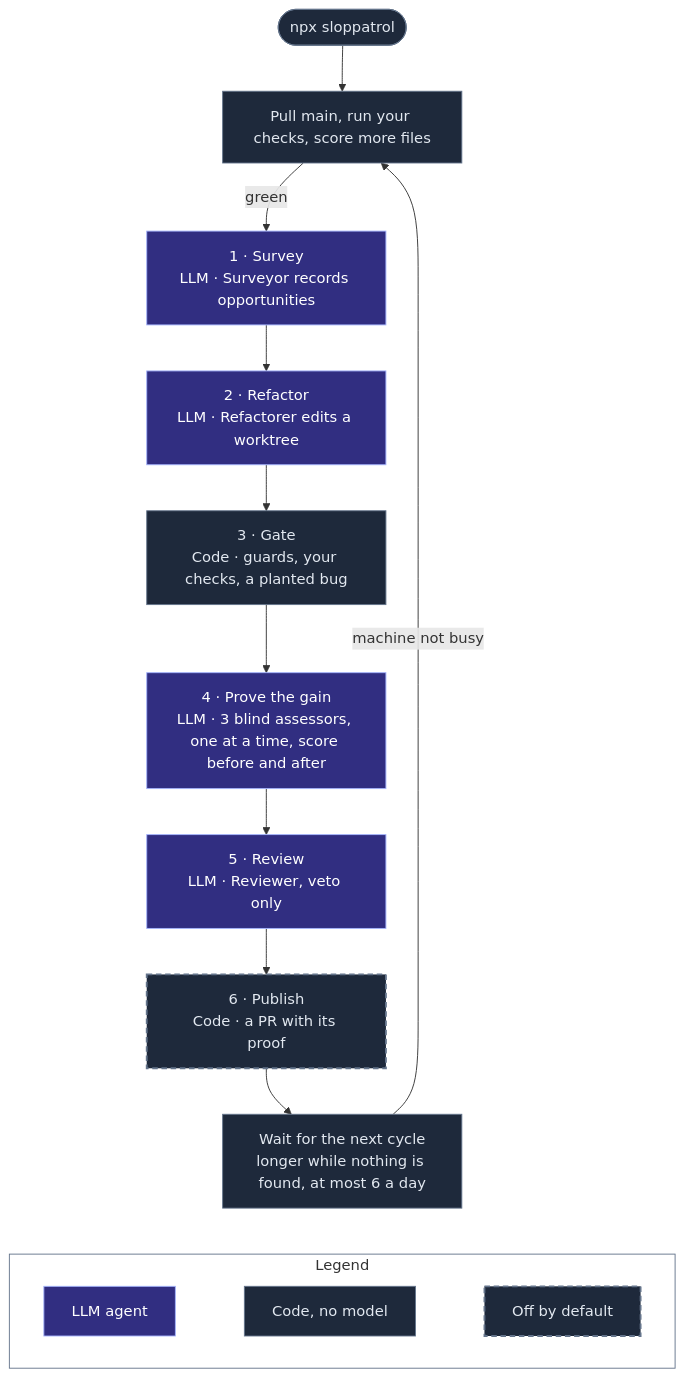
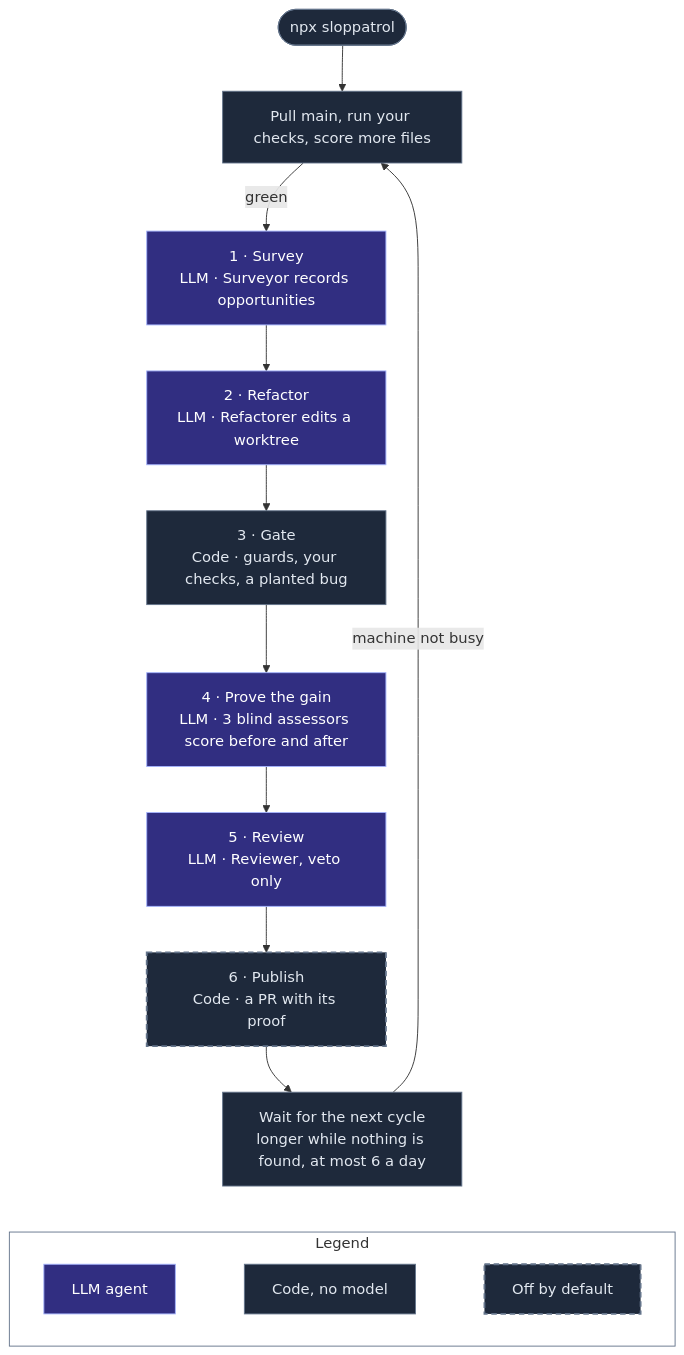
The diagram in README.md (agent-labs-dev/sloppatrol), drawn with Mermaid before and after one commit. The commit also changed other lines of this file and 6 other files, not shown here.

First line of the commit message:
fix(metrics): score 100 files a cycle with three assessors at once

````diff
--- a/README.md
+++ b/README.md
@@ -31,26 +31,26 @@
 ```mermaid
 flowchart TB
   start(["npx sloppatrol"]) --> pull["Pull main, run your checks, score more files"]
   pull -->|green| survey["1 · Survey<br/>LLM · Surveyor records opportunities"]
   survey --> refactor["2 · Refactor<br/>LLM · Refactorer edits a worktree"]
   refactor --> gate["3 · Gate<br/>Code · guards, your checks, a planted bug"]
-  gate --> assess["4 · Prove the gain<br/>LLM · 3 blind assessors, one at a time, score before and after"]
+  gate --> assess["4 · Prove the gain<br/>LLM · 3 blind assessors score before and after"]
   assess --> review["5 · Review<br/>LLM · Reviewer, veto only"]
   review --> publish["6 · Publish<br/>Code · a PR with its proof"]
   publish --> wait["Wait for the next cycle<br/>longer while nothing is found, at most 6 a day"]
   wait -->|"machine not busy"| pull
 
   subgraph legend ["Legend"]
     direction LR
     l1["LLM agent"] ~~~ l3["Code, no model"] ~~~ l4["Off by default"]
   end
   wait ~~~ legend
 
   classDef llm fill:#312e81,stroke:#a5b4fc,color:#ffffff
   classDef code fill:#1e293b,stroke:#64748b,color:#e2e8f0
   classDef opt fill:#1e293b,stroke:#64748b,color:#e2e8f0,stroke-width:2px,stroke-dasharray:6 4
   class survey,refactor,assess,review,l1 llm
   class start,pull,gate,wait,l3 code
   class publish,l4 opt
   style legend fill:transparent,stroke:#64748b
 ```
````
